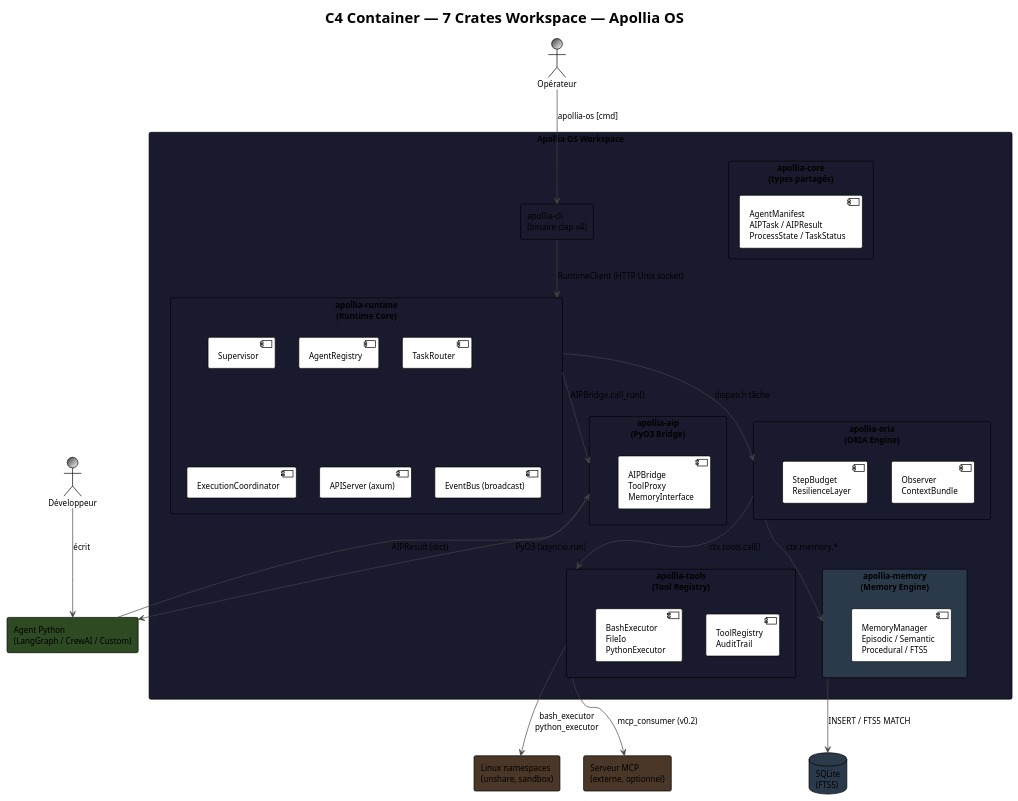
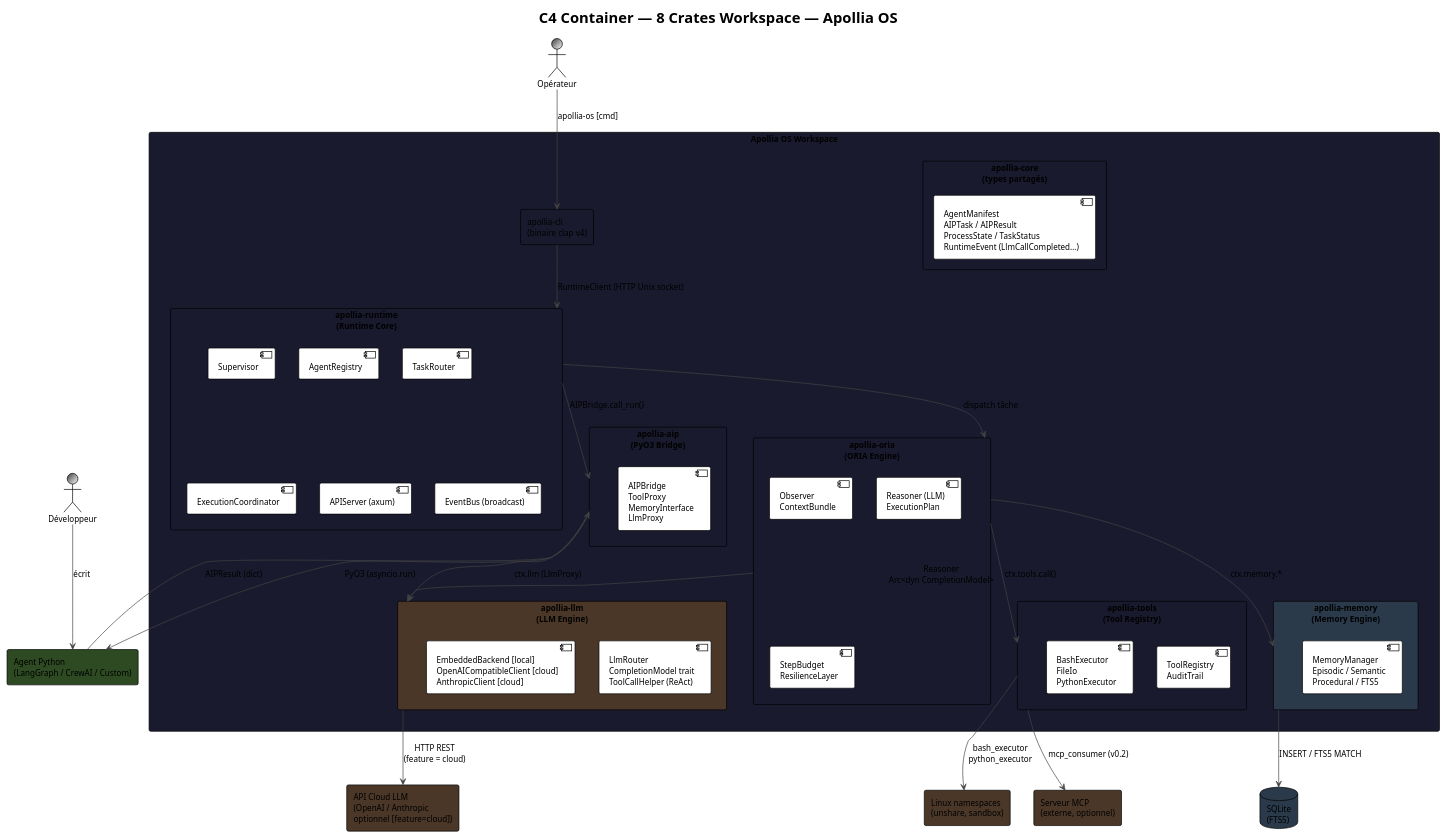
Before and after one commit to nidal-z/apollia-os: the diagram in docs/diagrams/c4-container-runtime.puml, drawn with PlantUML. The commit also changed 28 other files, not shown here.

```diff
--- a/docs/diagrams/c4-container-runtime.puml
+++ b/docs/diagrams/c4-container-runtime.puml
@@ -1,71 +1,82 @@
 @startuml c4-container-runtime
 !theme plain
 skinparam backgroundColor #FFFFFF
 skinparam defaultFontName "JetBrains Mono"
 skinparam defaultFontSize 12
 skinparam ArrowColor #444444
 skinparam BorderColor #444444
 
-title C4 Container — 7 Crates Workspace — Apollia OS
+title C4 Container — 8 Crates Workspace — Apollia OS
 
 actor "Opérateur" as ops #3a3a3a/white
 actor "Développeur" as dev #3a3a3a/white
 
 rectangle "Apollia OS Workspace" as workspace #1a1a2e {
 
   rectangle "apollia-cli\n(binaire clap v4)" as cli #1a1a2e
 
   rectangle "apollia-runtime\n(Runtime Core)" as runtime #1a1a2e {
     component "Supervisor" as sup
     component "AgentRegistry" as reg
     component "TaskRouter" as router
     component "ExecutionCoordinator" as coord
     component "APIServer (axum)" as api
     component "EventBus (broadcast)" as bus
   }
 
   rectangle "apollia-oria\n(ORIA Engine)" as oria #1a1a2e {
     component "Observer\nContextBundle" as obs
+    component "Reasoner (LLM)\nExecutionPlan" as reasoner
     component "StepBudget\nResilienceLayer" as budget
   }
 
   rectangle "apollia-tools\n(Tool Registry)" as tools #1a1a2e {
     component "ToolRegistry\nAuditTrail" as reg2
     component "BashExecutor\nFileIo\nPythonExecutor" as native
   }
 
   rectangle "apollia-memory\n(Memory Engine)" as memory #2a3a4a {
     component "MemoryManager\nEpisodic / Semantic\nProcedural / FTS5" as mem
   }
 
   rectangle "apollia-aip\n(PyO3 Bridge)" as aip #1a1a2e {
-    component "AIPBridge\nToolProxy\nMemoryInterface" as bridge
+    component "AIPBridge\nToolProxy\nMemoryInterface\nLlmProxy" as bridge
+  }
+
+  rectangle "apollia-llm\n(LLM Engine)" as llm #4a3728 {
+    component "LlmRouter\nCompletionModel trait\nToolCallHelper (ReAct)" as llmrouter
+    component "EmbeddedBackend [local]\nOpenAICompatibleClient [cloud]\nAnthropicClient [cloud]" as backends
   }
 
   rectangle "apollia-core\n(types partagés)" as core #1a1a2e {
-    component "AgentManifest\nAIPTask / AIPResult\nProcessState / TaskStatus" as types
+    component "AgentManifest\nAIPTask / AIPResult\nProcessState / TaskStatus\nRuntimeEvent (LlmCallCompleted…)" as types
   }
 }
 
 rectangle "Agent Python\n(LangGraph / CrewAI / Custom)" as agent #2d4a22
 
 database "SQLite\n(FTS5)" as sqlite #2a3a4a
 
 rectangle "Linux namespaces\n(unshare, sandbox)" as sandbox #4a3728
 
 rectangle "Serveur MCP\n(externe, optionnel)" as mcp #4a3728
 
+rectangle "API Cloud LLM\n(OpenAI / Anthropic\noptionnel [feature=cloud])" as cloudllm #4a3728
+
 ops --> cli : apollia-os [cmd]
 dev --> agent : écrit
 cli --> runtime : RuntimeClient (HTTP Unix socket)
 runtime --> oria : dispatch tâche
 oria --> tools : ctx.tools.call()
 oria --> memory : ctx.memory.*
+oria --> llm : Reasoner\nArc<dyn CompletionModel>
 runtime --> aip : AIPBridge.call_run()
 aip --> agent : PyO3 (asyncio.run)
+aip --> llm : ctx.llm (LlmProxy)
 agent --> aip : AIPResult (dict)
 tools --> sandbox : bash_executor\npython_executor
 tools --> mcp : mcp_consumer (v0.2)
 memory --> sqlite : INSERT / FTS5 MATCH
+llm --> cloudllm : HTTP REST\n(feature = cloud)
 
 @enduml
```
